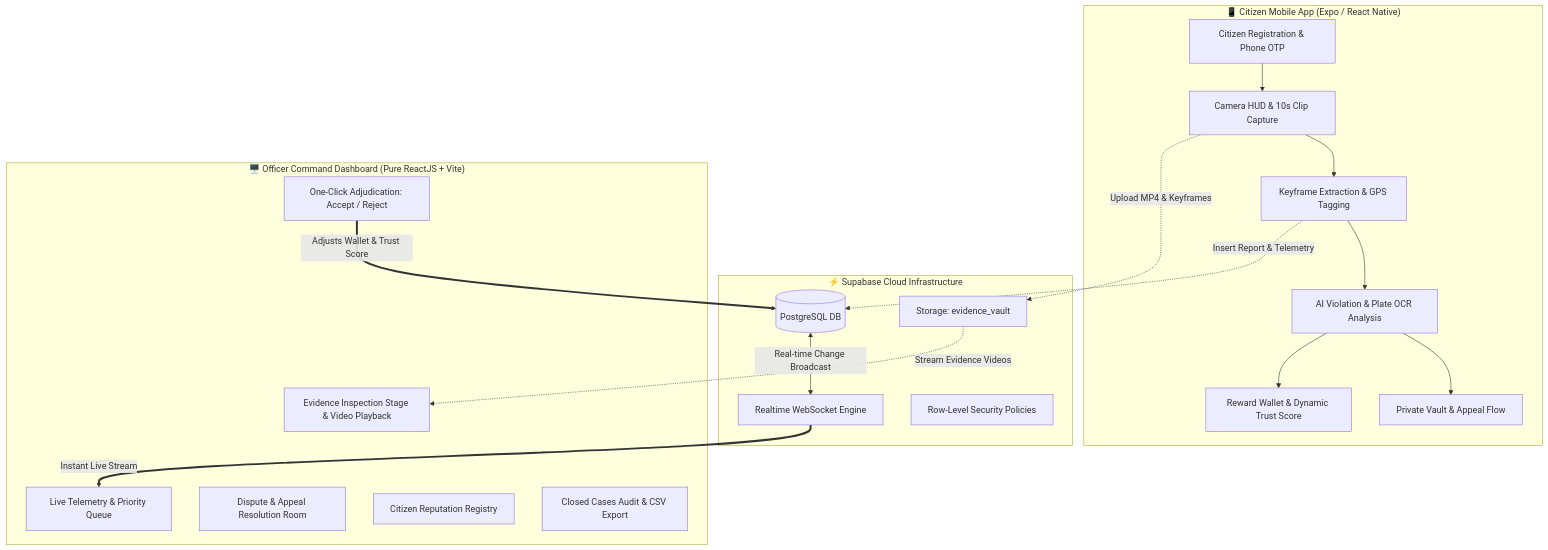
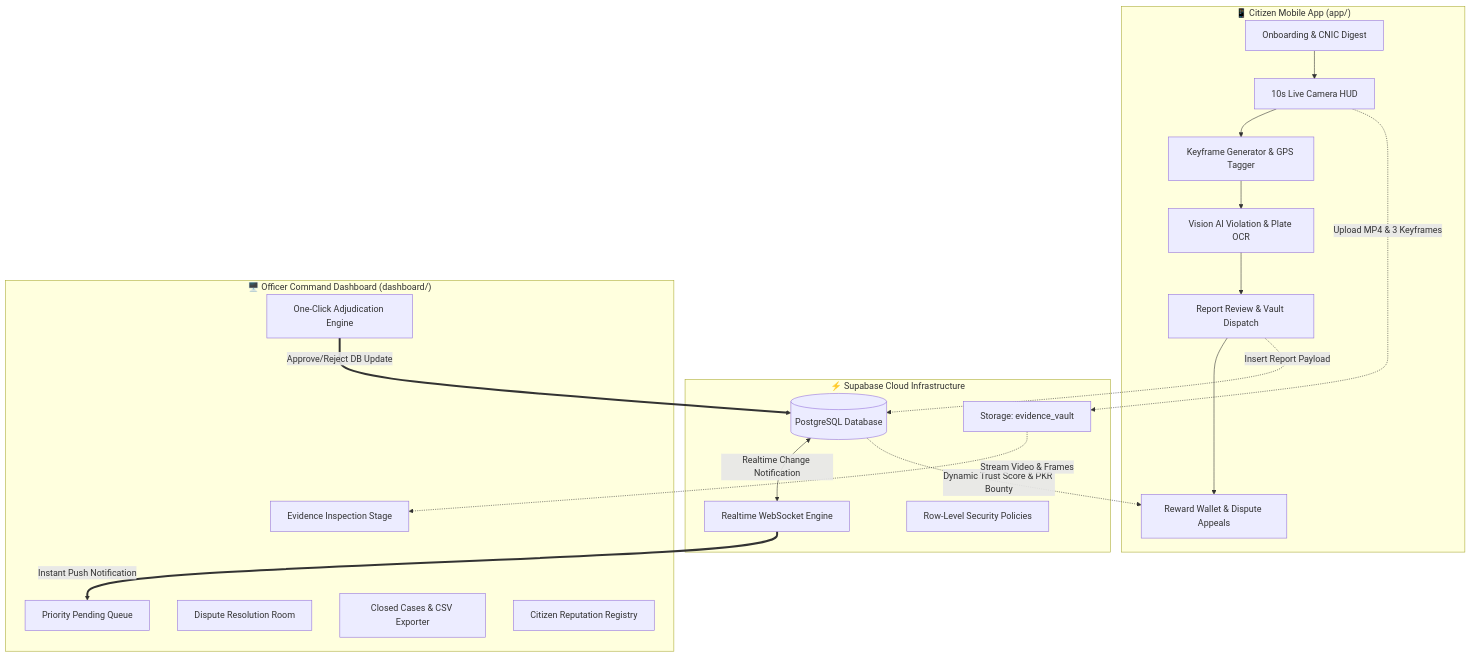
One commit to mabdula2004/roadwatch_traffic-voilation-detecting-app changed the second of 2 diagrams in README.md. Above: the diagram before and after it, drawn with Mermaid. The commit also changed other lines of this file, not shown here.

````diff
--- a/README.md
+++ b/README.md
@@ -39,33 +145,34 @@
 ```mermaid
 flowchart TD
-    subgraph Mobile["📱 Citizen Mobile App (Expo / React Native)"]
-        A[Citizen Registration & Phone OTP] --> B[Camera HUD & 10s Clip Capture]
-        B --> C[Keyframe Extraction & GPS Tagging]
-        C --> D[AI Violation & Plate OCR Analysis]
-        D --> E[Private Vault & Appeal Flow]
-        D --> F[Reward Wallet & Dynamic Trust Score]
+    subgraph MobileApp["📱 Citizen Mobile App (app/)"]
+        M1[Onboarding & CNIC Digest] --> M2[10s Live Camera HUD]
+        M2 --> M3[Keyframe Generator & GPS Tagger]
+        M3 --> M4[Vision AI Violation & Plate OCR]
+        M4 --> M5[Report Review & Vault Dispatch]
+        M5 --> M6[Reward Wallet & Dispute Appeals]
     end
 
-    subgraph Supabase["⚡ Supabase Cloud Infrastructure"]
-        G[(PostgreSQL DB)]
-        H[Storage: evidence_vault]
-        I[Realtime WebSocket Engine]
-        J[Row-Level Security Policies]
+    subgraph SupabaseCloud["⚡ Supabase Cloud Infrastructure"]
+        S1[(PostgreSQL Database)]
+        S2[Storage: evidence_vault]
+        S3[Realtime WebSocket Engine]
+        S4[Row-Level Security Policies]
     end
 
-    subgraph Dashboard["🖥️ Officer Command Dashboard (Pure ReactJS + Vite)"]
-        K[Live Telemetry & Priority Queue]
-        L[Evidence Inspection Stage & Video Playback]
-        M[One-Click Adjudication: Accept / Reject]
-        N[Dispute & Appeal Resolution Room]
-        O[Citizen Reputation Registry]
-        P[Closed Cases Audit & CSV Export]
+    subgraph CommandPortal["🖥️ Officer Command Dashboard (dashboard/)"]
+        D1[Priority Pending Queue]
+        D2[Evidence Inspection Stage]
+        D3[One-Click Adjudication Engine]
+        D4[Dispute Resolution Room]
+        D5[Closed Cases & CSV Exporter]
+        D6[Citizen Reputation Registry]
     end
 
-    B -.->|Upload MP4 & Keyframes| H
-    C -.->|Insert Report & Telemetry| G
-    G <-->|Real-time Change Broadcast| I
-    I ==>|Instant Live Stream| K
-    M ==>|Adjusts Wallet & Trust Score| G
-    H -.->|Stream Evidence Videos| L
+    M2 -.->|Upload MP4 & 3 Keyframes| S2
+    M5 -.->|Insert Report Payload| S1
+    S1 <-->|Realtime Change Notification| S3
+    S3 ==>|Instant Push Notification| D1
+    D3 ==>|Approve/Reject DB Update| S1
+    S1 -.->|Dynamic Trust Score & PKR Bounty| M6
+    S2 -.->|Stream Video & Frames| D2
 ```
````
